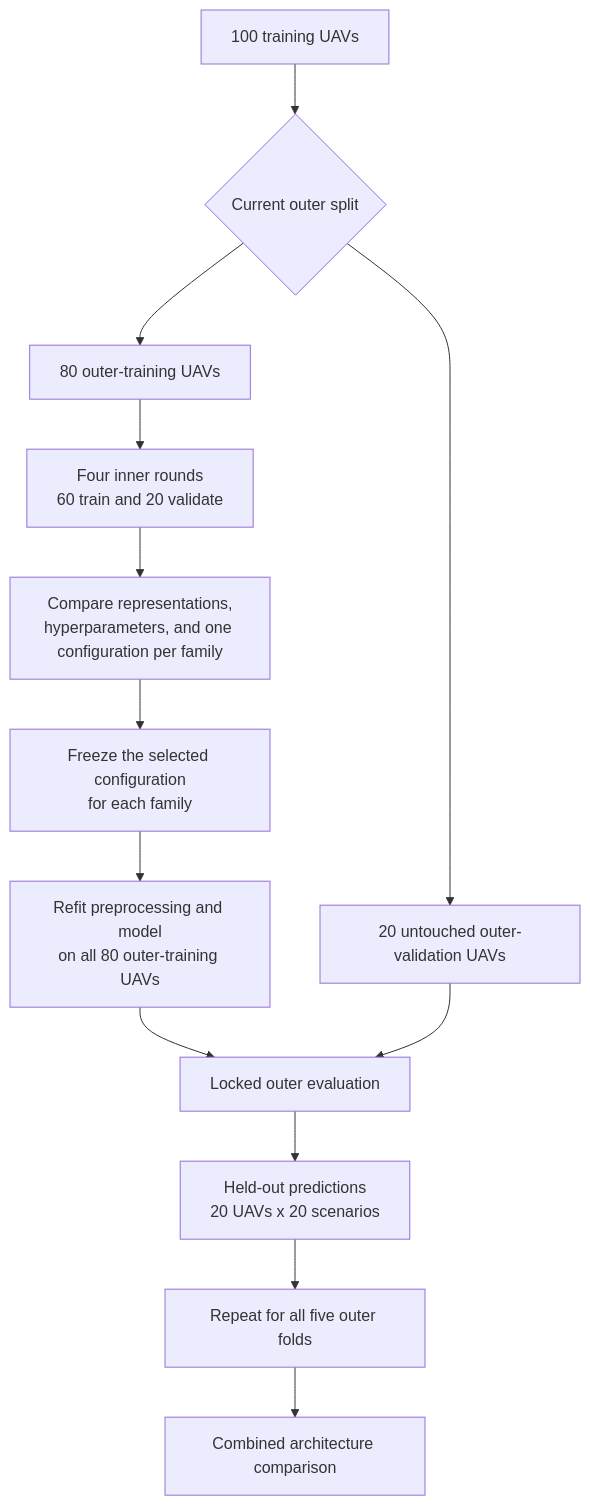
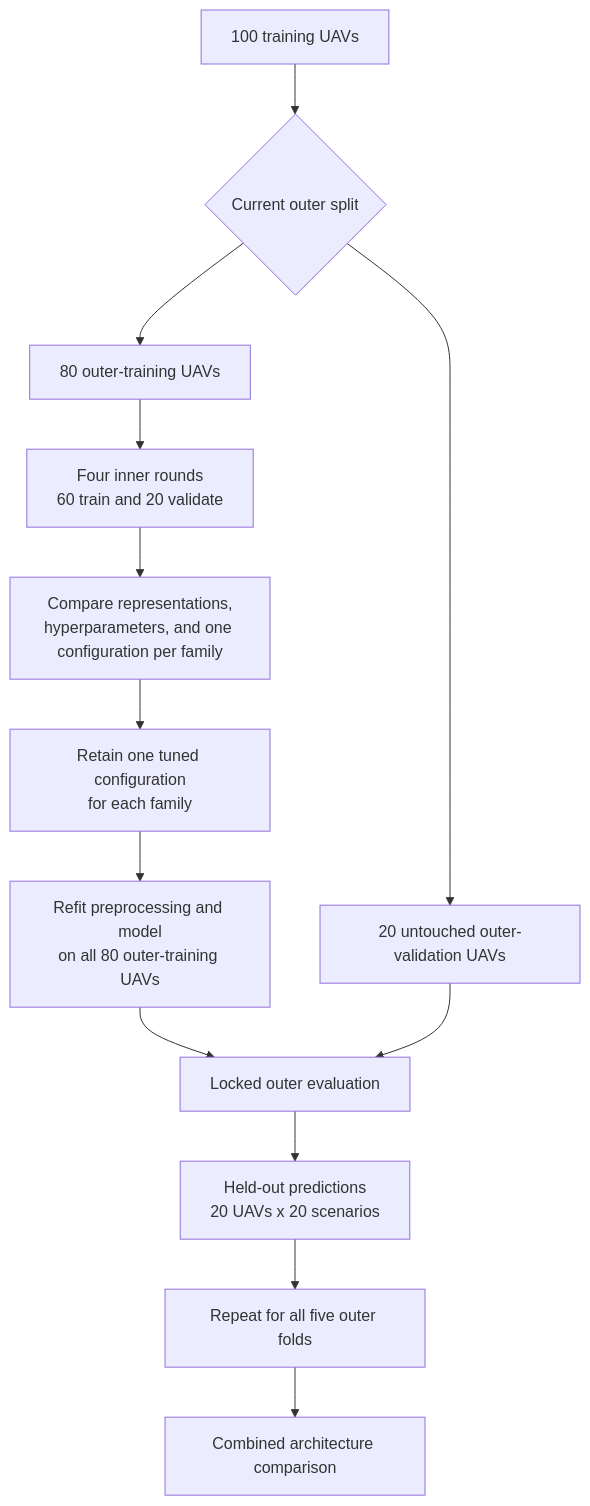
The third of 4 diagrams in literature_and_planning/development_documentation/phase_2_modelArchitectureStudy.md (JoestHomann/UAV-RUL-Estimation), drawn with Mermaid before and after one commit. The commit also changed other lines of this file and 8 other files, not shown here.

First line of the commit message:
feat(phase-2): add validated architecture experiment contract

````diff
--- a/literature_and_planning/development_documentation/phase_2_modelArchitectureStudy.md
+++ b/literature_and_planning/development_documentation/phase_2_modelArchitectureStudy.md
@@ -268,16 +289,16 @@
 ```mermaid
 flowchart TD
     D["100 training UAVs"] --> OS{"Current outer split"}
     OS --> OT["80 outer-training UAVs"]
     OS --> OV["20 untouched outer-validation UAVs"]
 
     OT --> IF["Four inner rounds<br/>60 train and 20 validate"]
     IF --> CS["Compare representations,<br/>hyperparameters, and one configuration per family"]
-    CS --> FC["Freeze the selected configuration<br/>for each family"]
+    CS --> FC["Retain one tuned configuration<br/>for each family"]
     FC --> RT["Refit preprocessing and model<br/>on all 80 outer-training UAVs"]
     RT --> OE["Locked outer evaluation"]
     OV --> OE
     OE --> OP["Held-out predictions<br/>20 UAVs x 20 scenarios"]
     OP --> REP["Repeat for all five outer folds"]
     REP --> CMP["Combined architecture comparison"]
 ```
````
